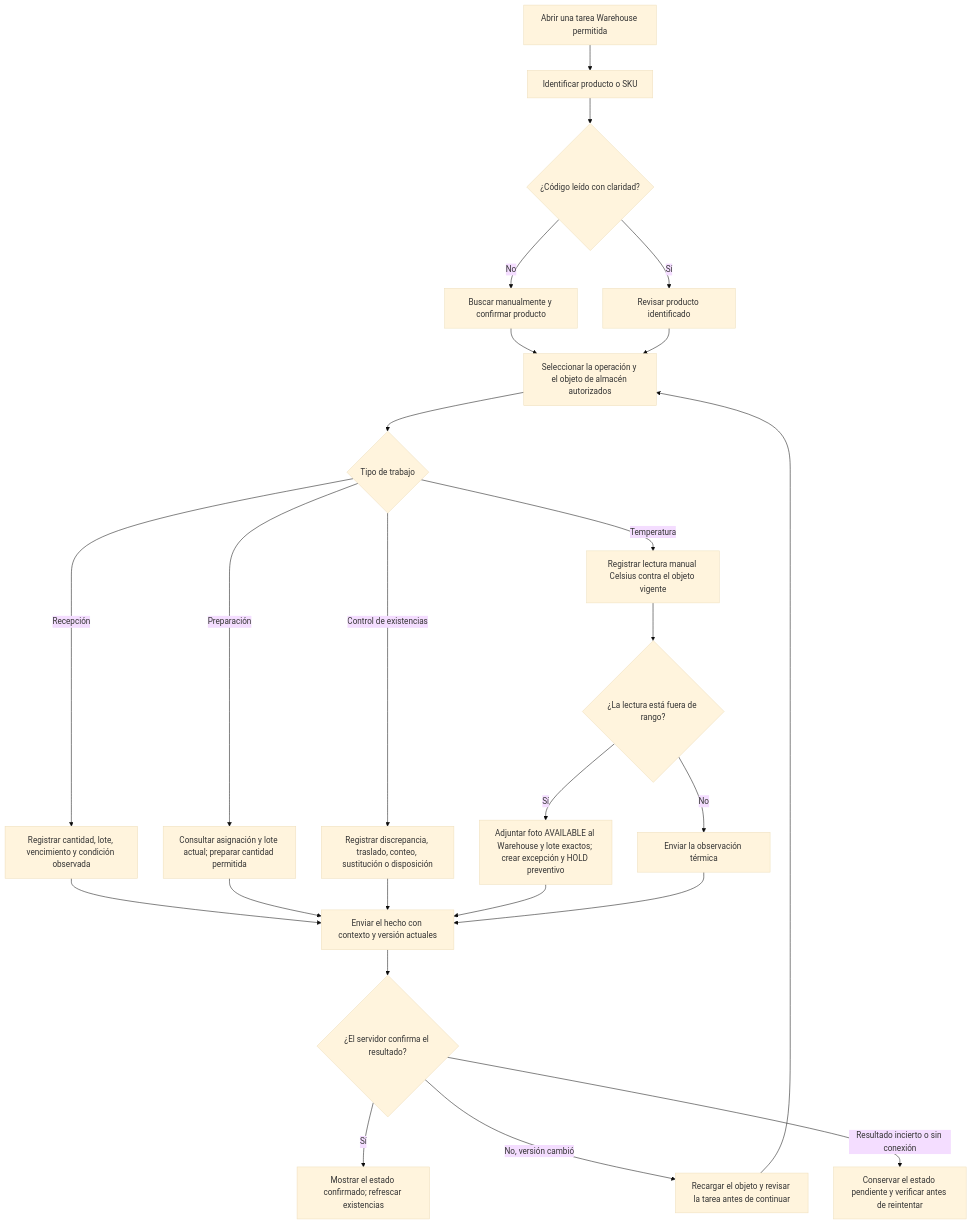
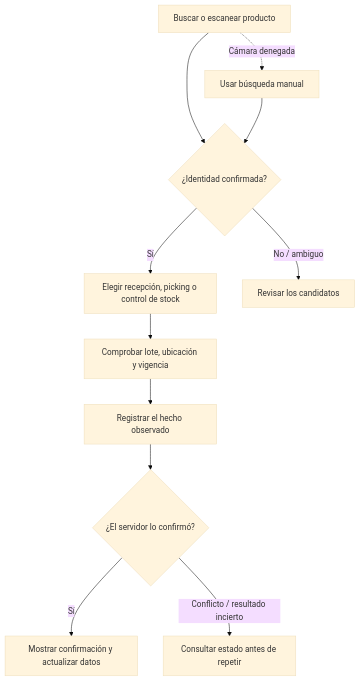
Before and after one commit to nexa-suite/mobile-report: the fourth of 8 diagrams in report/03-solution-ui-ux-design/3.1-product-design/3.1.4-mobile-applications-ux-ui-design/3.1.4.4-mobile-application-user-flows.md, drawn with Mermaid (base theme). The commit also changed other lines of this file and 65 other files, not shown here.

````diff
--- a/report/03-solution-ui-ux-design/3.1-product-design/3.1.4-mobile-applications-ux-ui-design/3.1.4.4-mobile-application-user-flows.md
+++ b/report/03-solution-ui-ux-design/3.1-product-design/3.1.4-mobile-applications-ux-ui-design/3.1.4.4-mobile-application-user-flows.md
@@ -56,27 +90,13 @@
 ```mermaid
-flowchart TD
-    A["Abrir una tarea Warehouse permitida"] --> B["Identificar producto o SKU"]
-    B --> C{"¿Código leído con claridad?"}
-    C -->|No| D["Buscar manualmente y confirmar producto"]
-    C -->|Sí| E["Revisar producto identificado"]
-    D --> F["Seleccionar la operación y el objeto de almacén autorizados"]
-    E --> F
-    F --> G{"Tipo de trabajo"}
-    G -->|Recepción| H["Registrar cantidad, lote, vencimiento y condición observada"]
-    G -->|Preparación| I["Consultar asignación y lote actual; preparar cantidad permitida"]
-    G -->|Control de existencias| J["Registrar discrepancia, traslado, conteo, sustitución o disposición"]
-    G -->|Temperatura| K["Registrar lectura manual Celsius contra el objeto vigente"]
-    K --> L{"¿La lectura está fuera de rango?"}
-    L -->|Sí| M["Adjuntar foto AVAILABLE al Warehouse y lote exactos; crear excepción y HOLD preventivo"]
-    L -->|No| N["Enviar la observación térmica"]
-    H --> O["Enviar el hecho con contexto y versión actuales"]
-    I --> O
-    J --> O
-    M --> O
-    N --> O
-    O --> P{"¿El servidor confirma el resultado?"}
-    P -->|Sí| Q["Mostrar el estado confirmado; refrescar existencias"]
-    P -->|No, versión cambió| R["Recargar el objeto y revisar la tarea antes de continuar"]
-    P -->|Resultado incierto o sin conexión| S["Conservar el estado pendiente y verificar antes de reintentar"]
-    R --> F
+flowchart TB
+  A["Buscar o escanear producto"] --> B{"¿Identidad confirmada?"}
+  A -. "Cámara denegada" .-> M["Usar búsqueda manual"]
+  M --> B
+  B -->|"Sí"| C["Elegir recepción, picking o control de stock"]
+  B -->|"No / ambiguo"| D["Revisar los candidatos"]
+  C --> E["Comprobar lote, ubicación y vigencia"]
+  E --> F["Registrar el hecho observado"]
+  F --> G{"¿El servidor lo confirmó?"}
+  G -->|"Sí"| H["Mostrar confirmación y actualizar datos"]
+  G -->|"Conflicto / resultado incierto"| I["Consultar estado antes de repetir"]
 ```
````
